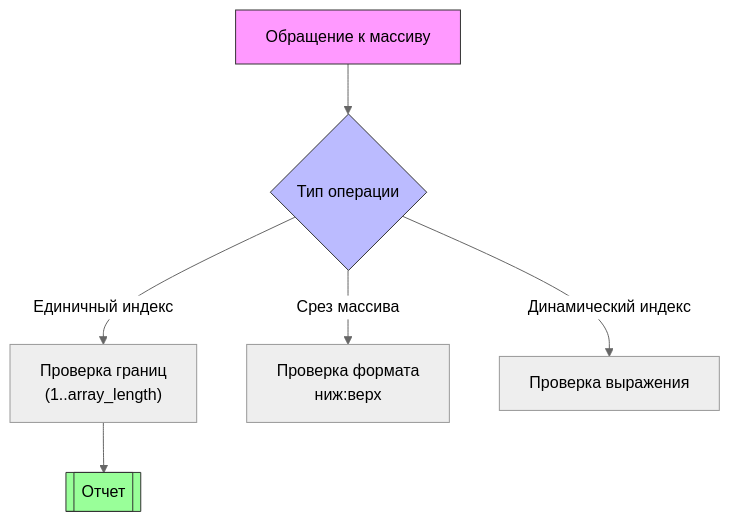
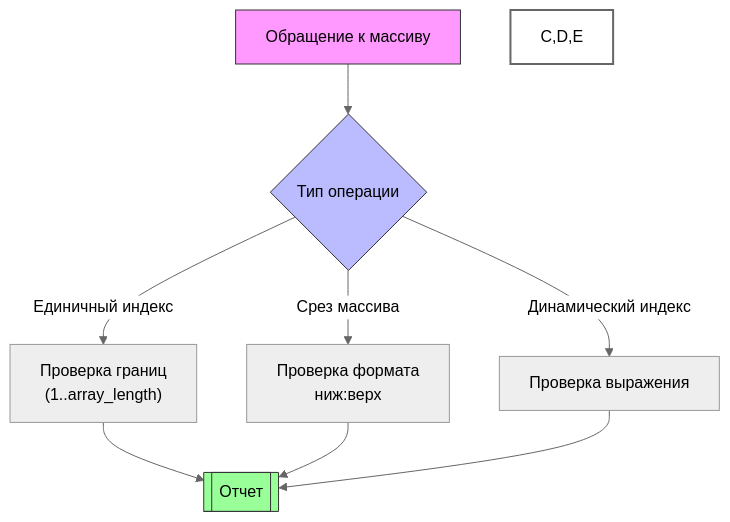
Before and after one commit to slytherin96/sonar-postgres-plugin: the diagram in protobuf_md/A_Indices.md, drawn with Mermaid (neutral theme).

Commit message:
update protobuf_md

````diff
--- a/protobuf_md/A_Indices.md
+++ b/protobuf_md/A_Indices.md
@@ -172,11 +172,14 @@
 ```mermaid
 graph TD
     A[Обращение к массиву] --> B{Тип операции}
     B -->|Единичный индекс| C["Проверка границ<br>(1..array_length)"]
     B -->|Срез массива| D["Проверка формата<br>ниж:верх"]
     B -->|Динамический индекс| E["Проверка выражения"]
     C --> F[[Отчет]]
+    D --> F
+    E --> F
     style A fill:#f9f,stroke:#333
     style B fill:#bbf,stroke:#333
+    style C,D,E fill:#fff,stroke:#666,stroke-width:2px
     style F fill:#9f9,stroke:#333
 ```
````
